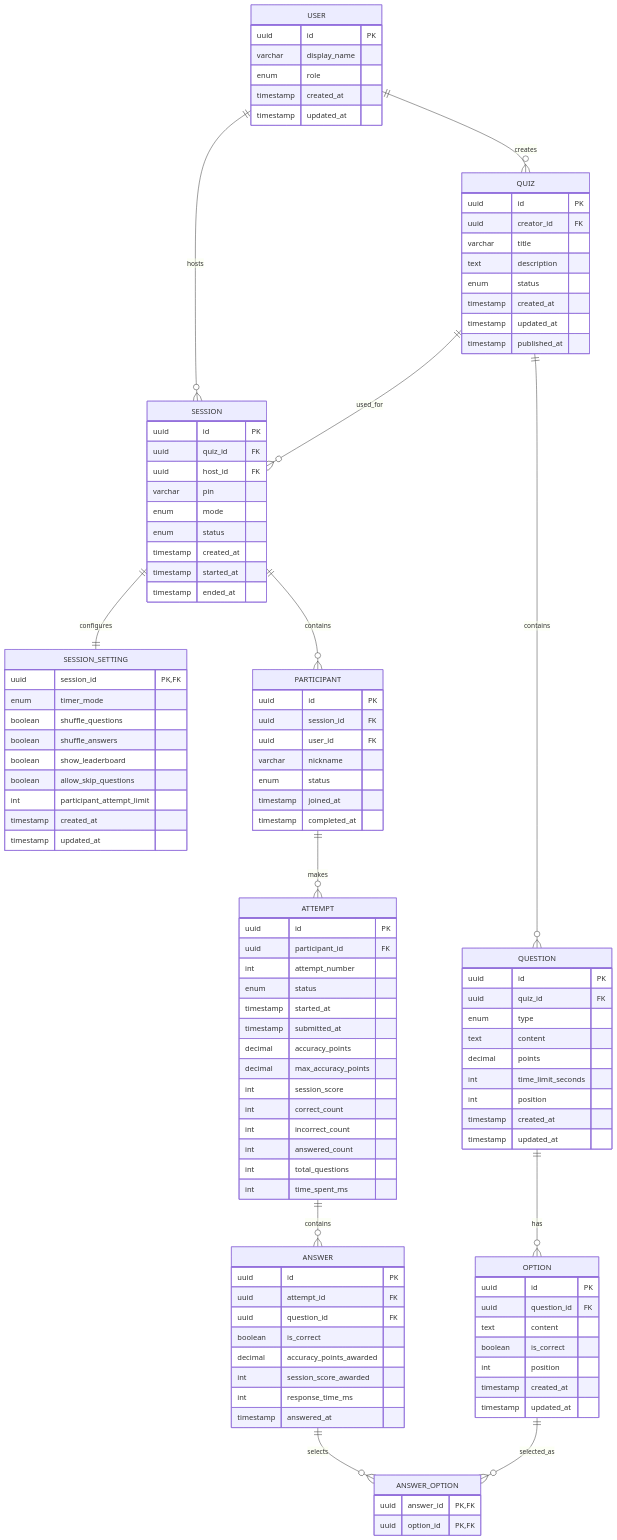
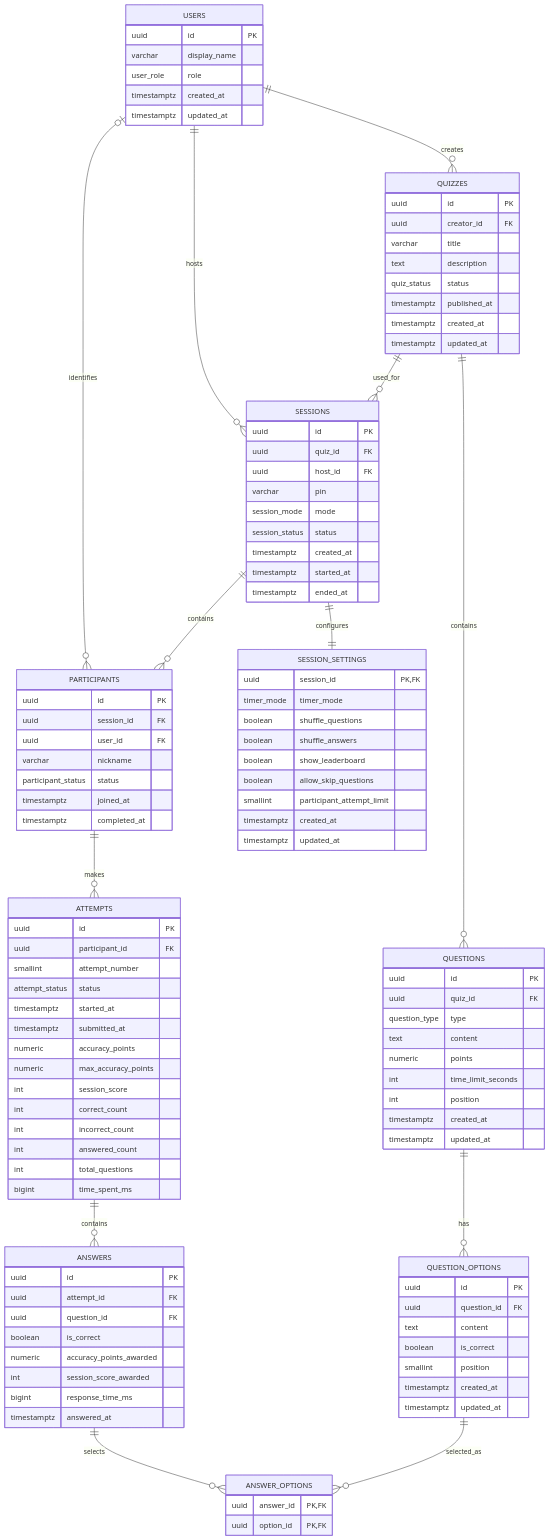
One commit to namdin05/datn changed the diagram in docs/database/wayground-mvp-erd-v1.mmd. Above: the diagram before and after it, drawn with Mermaid. The commit also changed 3 other files, not shown here.

Commit message:
docs(database): add SQL schema, research decisions, and updated ERD

```diff
--- a/docs/database/wayground-mvp-erd-v1.mmd
+++ b/docs/database/wayground-mvp-erd-v1.mmd
@@ -1,124 +1,125 @@
 erDiagram
-    USER ||--o{ QUIZ : creates
-    USER ||--o{ SESSION : hosts
+    USERS ||--o{ QUIZZES : creates
+    USERS ||--o{ SESSIONS : hosts
+    USERS o|--o{ PARTICIPANTS : identifies
 
-    QUIZ ||--o{ QUESTION : contains
-    QUESTION ||--o{ OPTION : has
+    QUIZZES ||--o{ QUESTIONS : contains
+    QUESTIONS ||--o{ QUESTION_OPTIONS : has
 
-    QUIZ ||--o{ SESSION : used_for
-    SESSION ||--|| SESSION_SETTING : configures
-    SESSION ||--o{ PARTICIPANT : contains
+    QUIZZES ||--o{ SESSIONS : used_for
+    SESSIONS ||--|| SESSION_SETTINGS : configures
+    SESSIONS ||--o{ PARTICIPANTS : contains
 
-    PARTICIPANT ||--o{ ATTEMPT : makes
-    ATTEMPT ||--o{ ANSWER : contains
+    PARTICIPANTS ||--o{ ATTEMPTS : makes
+    ATTEMPTS ||--o{ ANSWERS : contains
 
-    ANSWER ||--o{ ANSWER_OPTION : selects
-    OPTION ||--o{ ANSWER_OPTION : selected_as
+    ANSWERS ||--o{ ANSWER_OPTIONS : selects
+    QUESTION_OPTIONS ||--o{ ANSWER_OPTIONS : selected_as
 
-    USER {
+    USERS {
         uuid id PK
         varchar display_name
-        enum role
-        timestamp created_at
-        timestamp updated_at
+        user_role role
+        timestamptz created_at
+        timestamptz updated_at
     }
 
-    QUIZ {
+    QUIZZES {
         uuid id PK
         uuid creator_id FK
         varchar title
         text description
-        enum status
-        timestamp created_at
-        timestamp updated_at
-        timestamp published_at
+        quiz_status status
+        timestamptz published_at
+        timestamptz created_at
+        timestamptz updated_at
     }
 
-    QUESTION {
+    QUESTIONS {
         uuid id PK
         uuid quiz_id FK
-        enum type
+        question_type type
         text content
-        decimal points
+        numeric points
         int time_limit_seconds
         int position
-        timestamp created_at
-        timestamp updated_at
+        timestamptz created_at
+        timestamptz updated_at
     }
 
-    OPTION {
+    QUESTION_OPTIONS {
         uuid id PK
         uuid question_id FK
         text content
         boolean is_correct
-        int position
-        timestamp created_at
-        timestamp updated_at
+        smallint position
+        timestamptz created_at
+        timestamptz updated_at
     }
 
-    SESSION {
+    SESSIONS {
         uuid id PK
         uuid quiz_id FK
         uuid host_id FK
         varchar pin
-        enum mode
-        enum status
-        timestamp created_at
-        timestamp started_at
-        timestamp ended_at
+        session_mode mode
+        session_status status
+        timestamptz created_at
+        timestamptz started_at
+        timestamptz ended_at
     }
 
-    SESSION_SETTING {
+    SESSION_SETTINGS {
         uuid session_id PK, FK
-        enum timer_mode
+        timer_mode timer_mode
         boolean shuffle_questions
         boolean shuffle_answers
         boolean show_leaderboard
         boolean allow_skip_questions
-        int participant_attempt_limit
-        timestamp created_at
-        timestamp updated_at
+        smallint participant_attempt_limit
+        timestamptz created_at
+        timestamptz updated_at
     }
 
-    PARTICIPANT {
+    PARTICIPANTS {
         uuid id PK
         uuid session_id FK
         uuid user_id FK
         varchar nickname
-        enum status
-        timestamp joined_at
-        timestamp completed_at
+        participant_status status
+        timestamptz joined_at
+        timestamptz completed_at
     }
 
-    ATTEMPT {
+    ATTEMPTS {
         uuid id PK
         uuid participant_id FK
-        int attempt_number
-        enum status
-        timestamp started_at
-        timestamp submitted_at
-        decimal accuracy_points
-        decimal max_accuracy_points
+        smallint attempt_number
+        attempt_status status
+        timestamptz started_at
+        timestamptz submitted_at
+        numeric accuracy_points
+        numeric max_accuracy_points
         int session_score
         int correct_count
         int incorrect_count
         int answered_count
         int total_questions
-        int time_spent_ms
+        bigint time_spent_ms
     }
 
-    ANSWER {
+    ANSWERS {
         uuid id PK
         uuid attempt_id FK
         uuid question_id FK
         boolean is_correct
-        decimal accuracy_points_awarded
+        numeric accuracy_points_awarded
         int session_score_awarded
-        int response_time_ms
-        timestamp answered_at
+        bigint response_time_ms
+        timestamptz answered_at
     }
 
-    ANSWER_OPTION {
+    ANSWER_OPTIONS {
         uuid answer_id PK, FK
         uuid option_id PK, FK
     }
```
